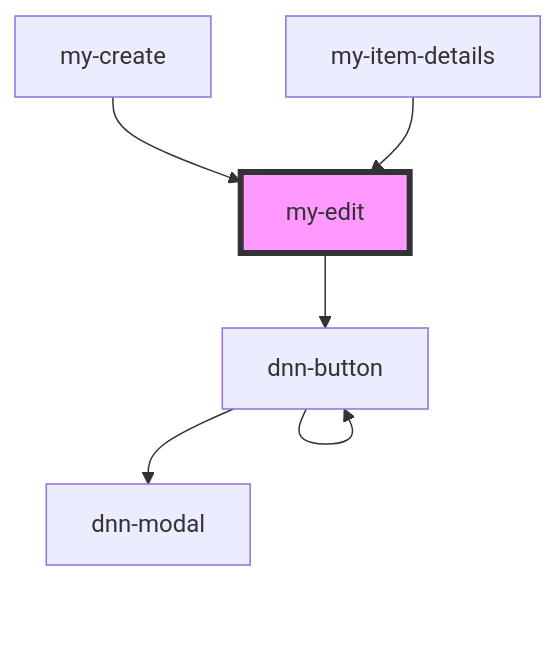
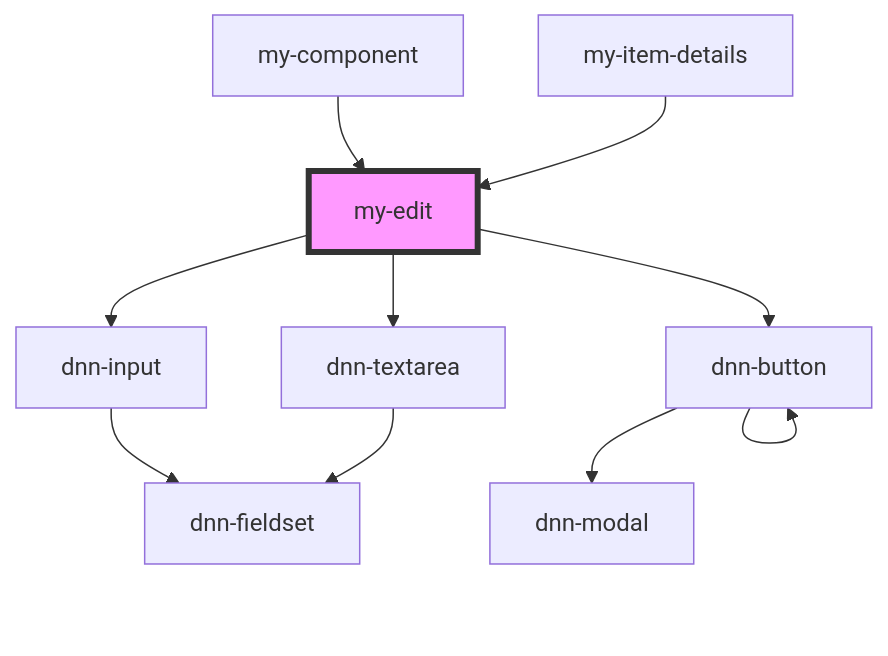
Before and after one commit to DNNCommunity/DNN.UserVoice: the diagram in module.web/src/components/my-edit/readme.md, drawn with Mermaid. The commit also changed other lines of this file and 138 other files, not shown here.

````diff
--- a/module.web/src/components/my-edit/readme.md
+++ b/module.web/src/components/my-edit/readme.md
@@ -57,9 +59,13 @@
 ```mermaid
 graph TD;
+  my-edit --> dnn-input
+  my-edit --> dnn-textarea
   my-edit --> dnn-button
+  dnn-input --> dnn-fieldset
+  dnn-textarea --> dnn-fieldset
   dnn-button --> dnn-modal
   dnn-button --> dnn-button
-  my-create --> my-edit
+  my-component --> my-edit
   my-item-details --> my-edit
   style my-edit fill:#f9f,stroke:#333,stroke-width:4px
 ```
````
